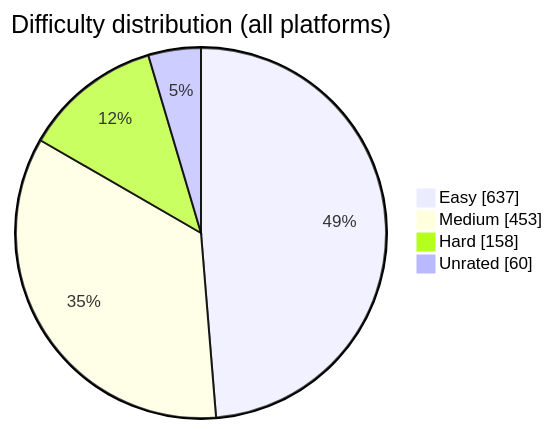
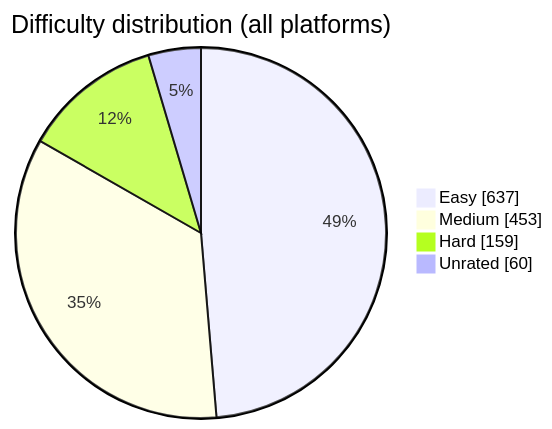
Before and after one commit to BuildbyArindam/Daily-Coding-Log: the diagram in README.md, drawn with Mermaid. The commit also changed other lines of this file, not shown here.

````diff
--- a/README.md
+++ b/README.md
@@ -93,7 +93,7 @@
 ```mermaid
 pie showData title Difficulty distribution (all platforms)
     "Easy" : 637
     "Medium" : 453
-    "Hard" : 158
+    "Hard" : 159
     "Unrated" : 60
 ```
````
